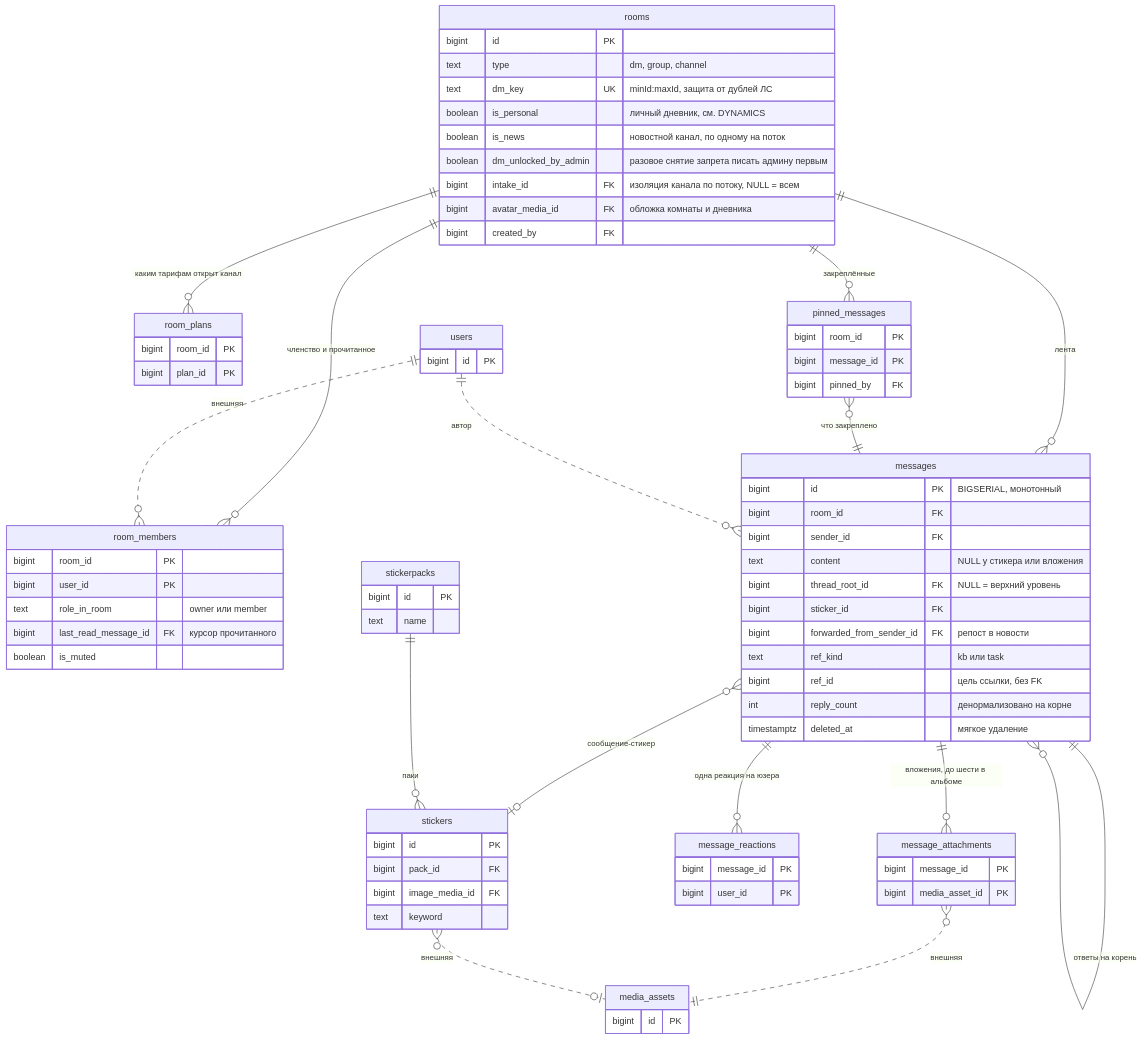
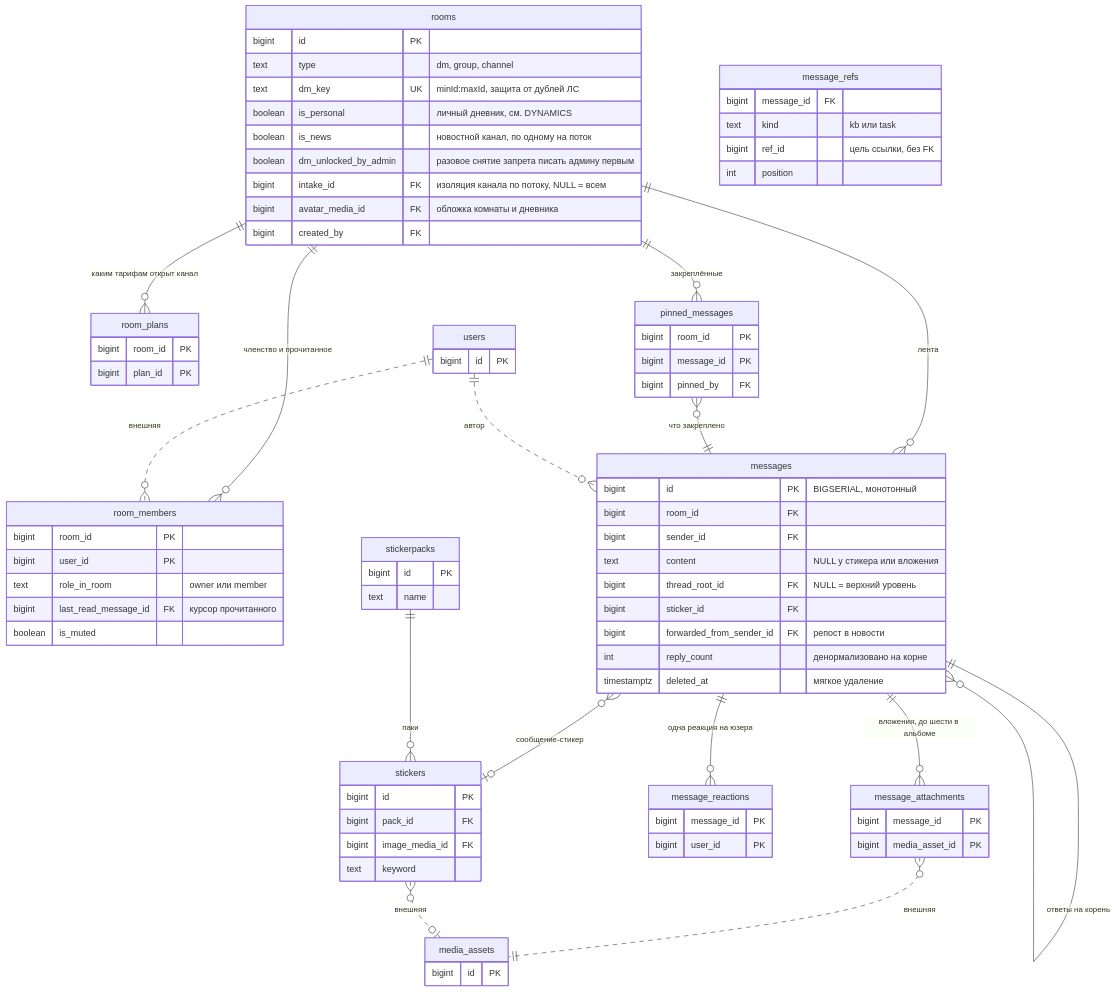
Before and after one commit to code-tamer3000/argonautica-platfrorm: the third of 20 diagrams in docs/ARCHITECTURE.md, drawn with Mermaid. The commit also changed 16 other files, not shown here.

```diff
--- a/docs/ARCHITECTURE.md
+++ b/docs/ARCHITECTURE.md
@@ -238,10 +238,14 @@
         bigint thread_root_id FK "NULL = верхний уровень"
         bigint sticker_id FK
         bigint forwarded_from_sender_id FK "репост в новости"
-        text ref_kind "kb или task"
-        bigint ref_id "цель ссылки, без FK"
         int reply_count "денормализовано на корне"
         timestamptz deleted_at "мягкое удаление"
+    }
+    message_refs {
+        bigint message_id FK
+        text kind "kb или task"
+        bigint ref_id "цель ссылки, без FK"
+        int position
     }
     message_attachments {
         bigint message_id PK
```
